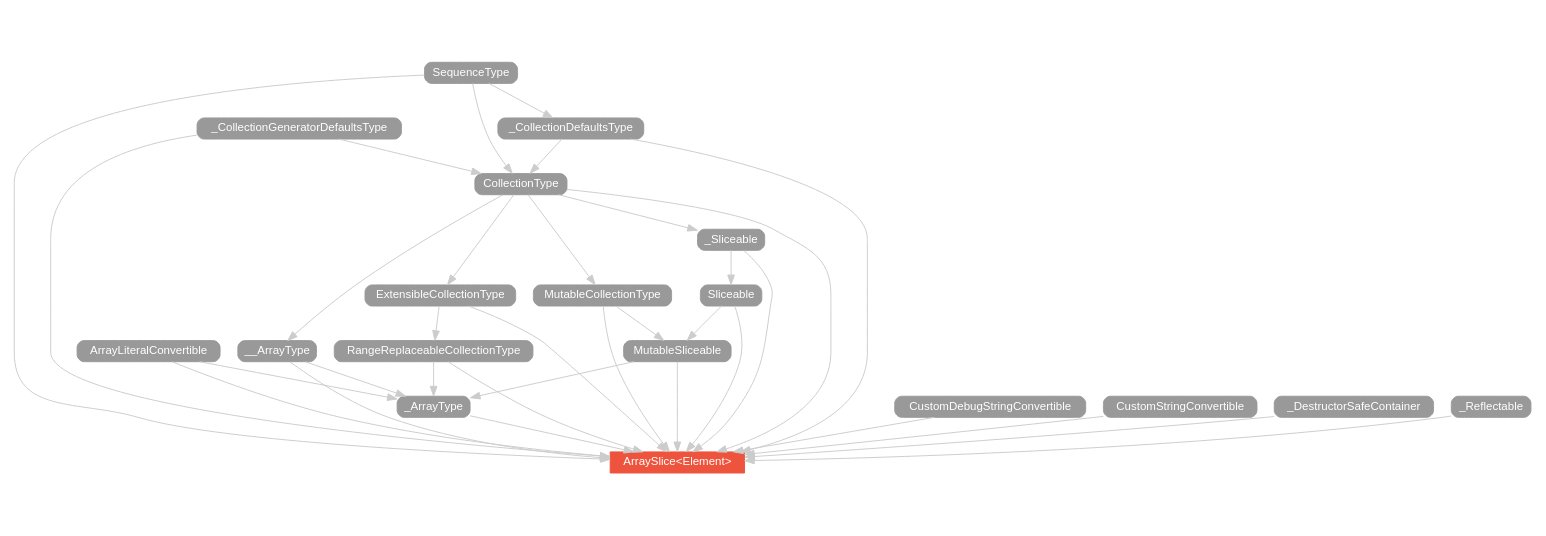
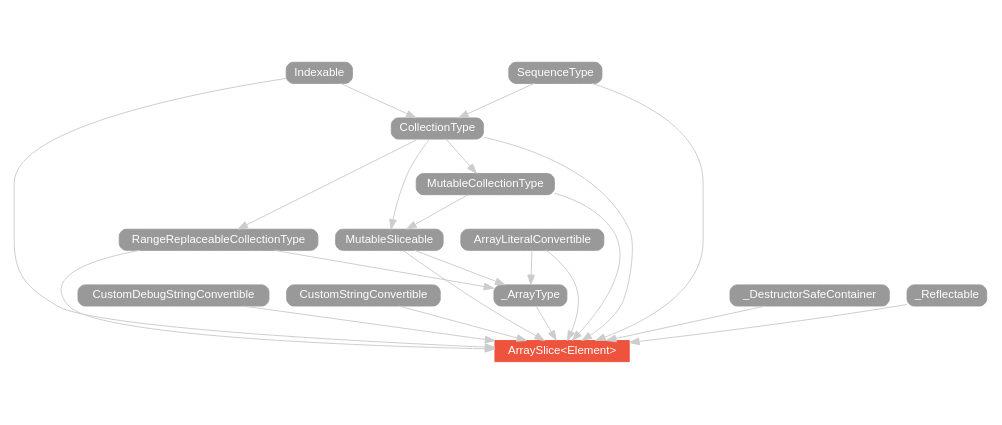
One commit to SwiftDoc/SwiftDoc.github.io changed the diagram in swift-2/type/ArraySlice/hierarchy/index.dot. Above: the diagram before and after it, drawn with Graphviz. The commit also changed 1118 other files, not shown here.

```diff
--- a/swift-2/type/ArraySlice/hierarchy/index.dot
+++ b/swift-2/type/ArraySlice/hierarchy/index.dot
@@ -1,120 +1,60 @@
 strict digraph "ArraySlice<Element> - Type Hierarchy - SwiftDoc.org" {
     pad="0.1,0.8"
     node [shape=box, style="filled,rounded", color="#999999", fillcolor="#999999", fontcolor=white, fontname=Helvetica, fontnames="Helvetica,sansserif", fontsize=12, margin="0.07,0.05", height="0.3"]
     edge [color="#cccccc"]
     "ArrayLiteralConvertible" [URL="/protocol/ArrayLiteralConvertible/"]
     "ArraySlice<Element>" [URL="/type/ArraySlice/", style="filled", fillcolor="#ee543d", color="#ee543d"]
     "CollectionType" [URL="/protocol/CollectionType/"]
     "CustomDebugStringConvertible" [URL="/protocol/CustomDebugStringConvertible/"]
     "CustomStringConvertible" [URL="/protocol/CustomStringConvertible/"]
-    "ExtensibleCollectionType" [URL="/protocol/ExtensibleCollectionType/"]
+    "Indexable" [URL="/protocol/Indexable/"]
     "MutableCollectionType" [URL="/protocol/MutableCollectionType/"]
     "MutableSliceable" [URL="/protocol/MutableSliceable/"]
     "RangeReplaceableCollectionType" [URL="/protocol/RangeReplaceableCollectionType/"]
     "SequenceType" [URL="/protocol/SequenceType/"]
-    "Sliceable" [URL="/protocol/Sliceable/"]
     "_ArrayType" [URL="/protocol/_ArrayType/"]
-    "_CollectionDefaultsType" [URL="/protocol/_CollectionDefaultsType/"]
-    "_CollectionGeneratorDefaultsType" [URL="/protocol/_CollectionGeneratorDefaultsType/"]
     "_DestructorSafeContainer" [URL="/protocol/_DestructorSafeContainer/"]
-    "_Reflectable" [URL="/protocol/_Reflectable/"]
-    "_Sliceable" [URL="/protocol/_Sliceable/"]
-    "__ArrayType" [URL="/protocol/__ArrayType/"]    "_CollectionDefaultsType" -> "ArraySlice<Element>"
+    "_Reflectable" [URL="/protocol/_Reflectable/"]    "Indexable" -> "ArraySlice<Element>"
     "SequenceType" -> "ArraySlice<Element>"
-    "_CollectionGeneratorDefaultsType" -> "ArraySlice<Element>"
     "CollectionType" -> "ArraySlice<Element>"
     "MutableCollectionType" -> "ArraySlice<Element>"
-    "Sliceable" -> "ArraySlice<Element>"
-    "_Sliceable" -> "ArraySlice<Element>"
     "_DestructorSafeContainer" -> "ArraySlice<Element>"
-    "__ArrayType" -> "ArraySlice<Element>"
     "ArrayLiteralConvertible" -> "ArraySlice<Element>"
     "_ArrayType" -> "ArraySlice<Element>"
     "MutableSliceable" -> "ArraySlice<Element>"
     "RangeReplaceableCollectionType" -> "ArraySlice<Element>"
-    "ExtensibleCollectionType" -> "ArraySlice<Element>"
     "_Reflectable" -> "ArraySlice<Element>"
     "CustomStringConvertible" -> "ArraySlice<Element>"
     "CustomDebugStringConvertible" -> "ArraySlice<Element>"
-    "SequenceType" -> "_CollectionDefaultsType"
+    "Indexable" -> "CollectionType"
     "SequenceType" -> "CollectionType"
-    "_CollectionDefaultsType" -> "CollectionType"
-    "_CollectionGeneratorDefaultsType" -> "CollectionType"
-    "SequenceType" -> "_CollectionDefaultsType"
     "CollectionType" -> "MutableCollectionType"
+    "Indexable" -> "CollectionType"
     "SequenceType" -> "CollectionType"
-    "_CollectionDefaultsType" -> "CollectionType"
-    "_CollectionGeneratorDefaultsType" -> "CollectionType"
-    "SequenceType" -> "_CollectionDefaultsType"
-    "_Sliceable" -> "Sliceable"
-    "CollectionType" -> "_Sliceable"
-    "SequenceType" -> "CollectionType"
-    "_CollectionDefaultsType" -> "CollectionType"
-    "_CollectionGeneratorDefaultsType" -> "CollectionType"
-    "SequenceType" -> "_CollectionDefaultsType"
-    "CollectionType" -> "_Sliceable"
-    "SequenceType" -> "CollectionType"
-    "_CollectionDefaultsType" -> "CollectionType"
-    "_CollectionGeneratorDefaultsType" -> "CollectionType"
-    "SequenceType" -> "_CollectionDefaultsType"
-    "CollectionType" -> "__ArrayType"
-    "SequenceType" -> "CollectionType"
-    "_CollectionDefaultsType" -> "CollectionType"
-    "_CollectionGeneratorDefaultsType" -> "CollectionType"
-    "SequenceType" -> "_CollectionDefaultsType"
-    "__ArrayType" -> "_ArrayType"
     "RangeReplaceableCollectionType" -> "_ArrayType"
     "MutableSliceable" -> "_ArrayType"
     "ArrayLiteralConvertible" -> "_ArrayType"
-    "CollectionType" -> "__ArrayType"
+    "CollectionType" -> "RangeReplaceableCollectionType"
+    "Indexable" -> "CollectionType"
     "SequenceType" -> "CollectionType"
-    "_CollectionDefaultsType" -> "CollectionType"
-    "_CollectionGeneratorDefaultsType" -> "CollectionType"
-    "SequenceType" -> "_CollectionDefaultsType"
-    "ExtensibleCollectionType" -> "RangeReplaceableCollectionType"
-    "CollectionType" -> "ExtensibleCollectionType"
+    "CollectionType" -> "MutableSliceable"
+    "MutableCollectionType" -> "MutableSliceable"
+    "Indexable" -> "CollectionType"
     "SequenceType" -> "CollectionType"
-    "_CollectionDefaultsType" -> "CollectionType"
-    "_CollectionGeneratorDefaultsType" -> "CollectionType"
-    "SequenceType" -> "_CollectionDefaultsType"
-    "Sliceable" -> "MutableSliceable"
+    "CollectionType" -> "MutableCollectionType"
+    "Indexable" -> "CollectionType"
+    "SequenceType" -> "CollectionType"
+    "CollectionType" -> "MutableSliceable"
     "MutableCollectionType" -> "MutableSliceable"
-    "_Sliceable" -> "Sliceable"
-    "CollectionType" -> "_Sliceable"
+    "Indexable" -> "CollectionType"
     "SequenceType" -> "CollectionType"
-    "_CollectionDefaultsType" -> "CollectionType"
-    "_CollectionGeneratorDefaultsType" -> "CollectionType"
-    "SequenceType" -> "_CollectionDefaultsType"
     "CollectionType" -> "MutableCollectionType"
+    "Indexable" -> "CollectionType"
     "SequenceType" -> "CollectionType"
-    "_CollectionDefaultsType" -> "CollectionType"
-    "_CollectionGeneratorDefaultsType" -> "CollectionType"
-    "SequenceType" -> "_CollectionDefaultsType"
-    "Sliceable" -> "MutableSliceable"
-    "MutableCollectionType" -> "MutableSliceable"
-    "_Sliceable" -> "Sliceable"
-    "CollectionType" -> "_Sliceable"
+    "CollectionType" -> "RangeReplaceableCollectionType"
+    "Indexable" -> "CollectionType"
     "SequenceType" -> "CollectionType"
-    "_CollectionDefaultsType" -> "CollectionType"
-    "_CollectionGeneratorDefaultsType" -> "CollectionType"
-    "SequenceType" -> "_CollectionDefaultsType"
-    "CollectionType" -> "MutableCollectionType"
-    "SequenceType" -> "CollectionType"
-    "_CollectionDefaultsType" -> "CollectionType"
-    "_CollectionGeneratorDefaultsType" -> "CollectionType"
-    "SequenceType" -> "_CollectionDefaultsType"
-    "ExtensibleCollectionType" -> "RangeReplaceableCollectionType"
-    "CollectionType" -> "ExtensibleCollectionType"
-    "SequenceType" -> "CollectionType"
-    "_CollectionDefaultsType" -> "CollectionType"
-    "_CollectionGeneratorDefaultsType" -> "CollectionType"
-    "SequenceType" -> "_CollectionDefaultsType"
-    "CollectionType" -> "ExtensibleCollectionType"
-    "SequenceType" -> "CollectionType"
-    "_CollectionDefaultsType" -> "CollectionType"
-    "_CollectionGeneratorDefaultsType" -> "CollectionType"
-    "SequenceType" -> "_CollectionDefaultsType"
     subgraph Types {
         rank = max; "ArraySlice<Element>";
     }
 }
```
